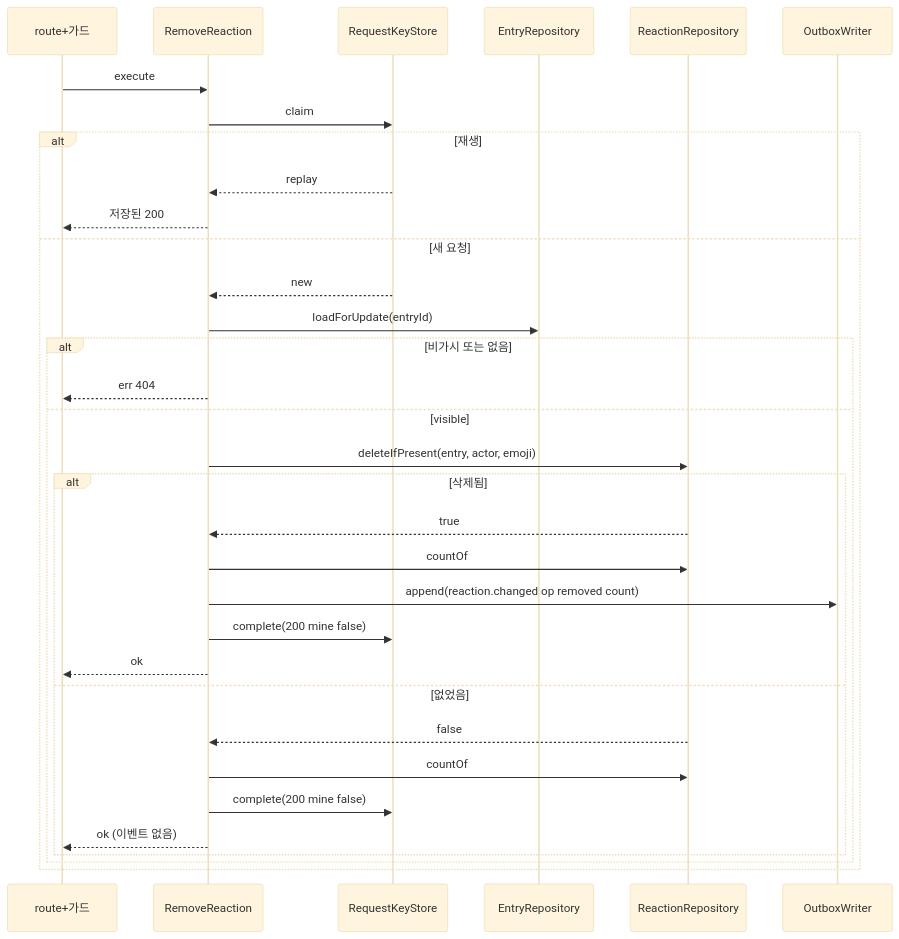
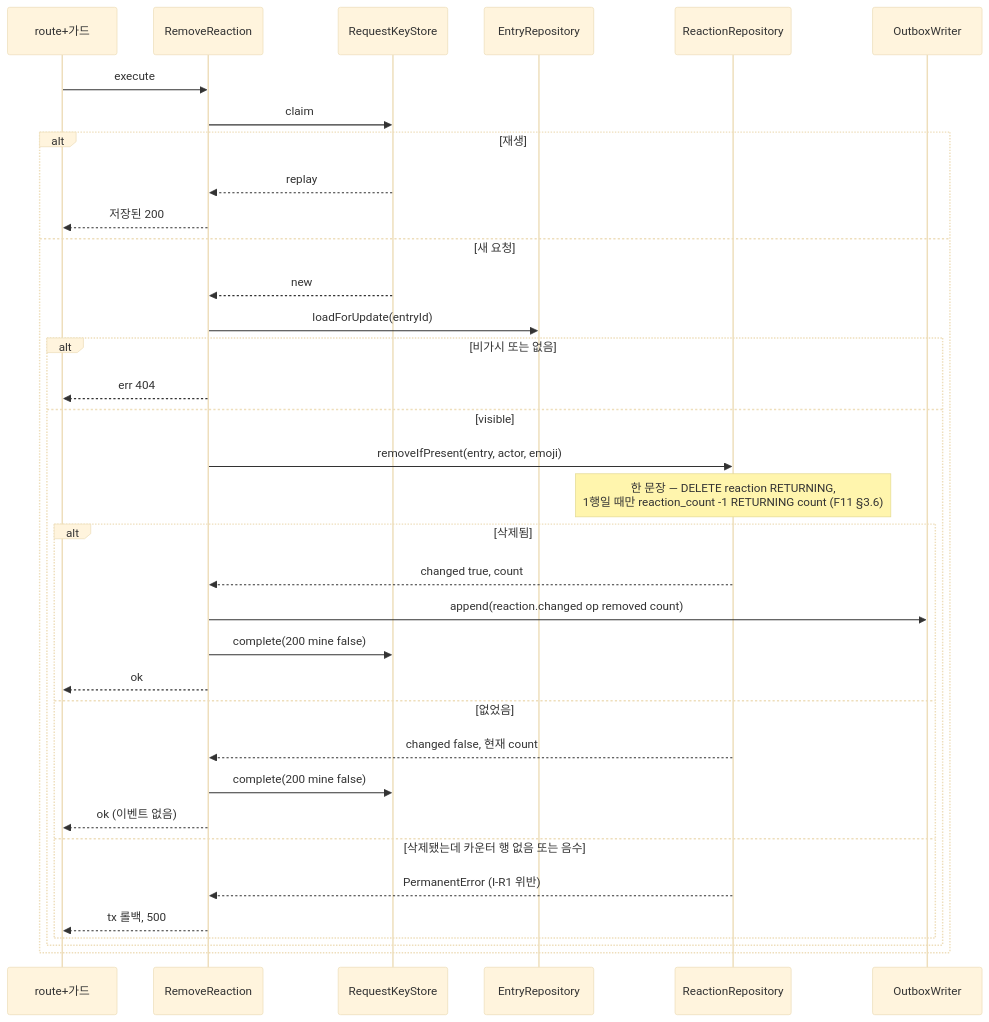
One commit to 1985jwlee/portpolio_backend changed diagram 23 of 43 in docs/design/features/11-guestbook-write.md. Above: the diagram before and after it, drawn with Mermaid (base theme). The commit also changed other lines of this file and 23 other files, not shown here.

````diff
--- a/docs/design/features/11-guestbook-write.md
+++ b/docs/design/features/11-guestbook-write.md
@@ -1231,35 +1307,37 @@
 ```mermaid
 sequenceDiagram
     participant R as route+가드
     participant H as RemoveReaction
     participant K as RequestKeyStore
     participant E as EntryRepository
     participant X as ReactionRepository
     participant O as OutboxWriter
     R->>H: execute
     H->>K: claim
     alt 재생
         K-->>H: replay
         H-->>R: 저장된 200
     else 새 요청
         K-->>H: new
         H->>E: loadForUpdate(entryId)
         alt 비가시 또는 없음
             H-->>R: err 404
         else visible
-            H->>X: deleteIfPresent(entry, actor, emoji)
+            H->>X: removeIfPresent(entry, actor, emoji)
+            Note over X: 한 문장 — DELETE reaction RETURNING,<br/>1행일 때만 reaction_count -1 RETURNING count (F11 §3.6)
             alt 삭제됨
-                X-->>H: true
-                H->>X: countOf
+                X-->>H: changed true, count
                 H->>O: append(reaction.changed op removed count)
                 H->>K: complete(200 mine false)
                 H-->>R: ok
             else 없었음
-                X-->>H: false
-                H->>X: countOf
+                X-->>H: changed false, 현재 count
                 H->>K: complete(200 mine false)
                 H-->>R: ok (이벤트 없음)
+            else 삭제됐는데 카운터 행 없음 또는 음수
+                X-->>H: PermanentError (I-R1 위반)
+                H-->>R: tx 롤백, 500
             end
         end
     end
 ```
````
